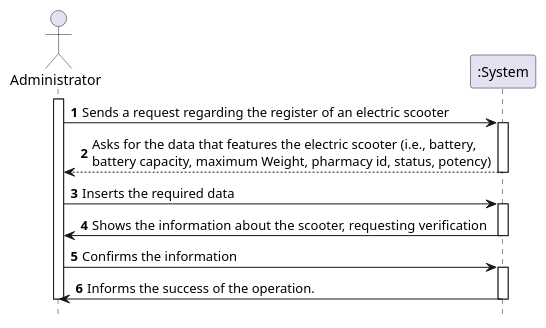
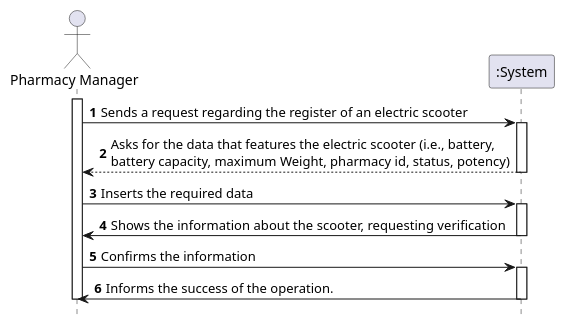
Before and after one commit to tiagoavcosta25/LAPR3: the diagram in docs/Iteration 1/Scooter Management/US21_RegisterScooter/US21_SSD.puml, drawn with PlantUML. The commit also changed 7 other files, not shown here.

Commit message:
LAPR2AP2-80 #fixing Register Scooter [Analysis]  LAPR2AP2-90 #fixing Register Scooter [Design]

```diff
--- a/docs/Iteration 1/Scooter Management/US21_RegisterScooter/US21_SSD.puml
+++ b/docs/Iteration 1/Scooter Management/US21_RegisterScooter/US21_SSD.puml
@@ -1,28 +1,28 @@
 @startuml
 autonumber
 hide footbox
 
-actor "Administrator" as ADMIN
+actor "Pharmacy Manager" as PHARMAN
 
 participant ":System" as SYST
 
-activate ADMIN
+activate PHARMAN
 
-ADMIN -> SYST : Sends a request regarding the register of an electric scooter
+PHARMAN -> SYST : Sends a request regarding the register of an electric scooter
 activate SYST
-SYST --> ADMIN : Asks for the data that features the electric scooter (i.e., battery, \nbattery capacity, maximum Weight, pharmacy id, status, potency)
+SYST --> PHARMAN : Asks for the data that features the electric scooter (i.e., battery, \nbattery capacity, maximum Weight, pharmacy id, status, potency)
 deactivate SYST
 
-ADMIN -> SYST : Inserts the required data
+PHARMAN -> SYST : Inserts the required data
 activate SYST
-SYST -> ADMIN : Shows the information about the scooter, requesting verification
+SYST -> PHARMAN : Shows the information about the scooter, requesting verification
 deactivate SYST
 
-ADMIN -> SYST : Confirms the information
+PHARMAN -> SYST : Confirms the information
 activate SYST
-SYST -> ADMIN : Informs the success of the operation.
+SYST -> PHARMAN : Informs the success of the operation.
 deactivate SYST
 
-deactivate ADMIN
+deactivate PHARMAN
 
 @enduml
```
